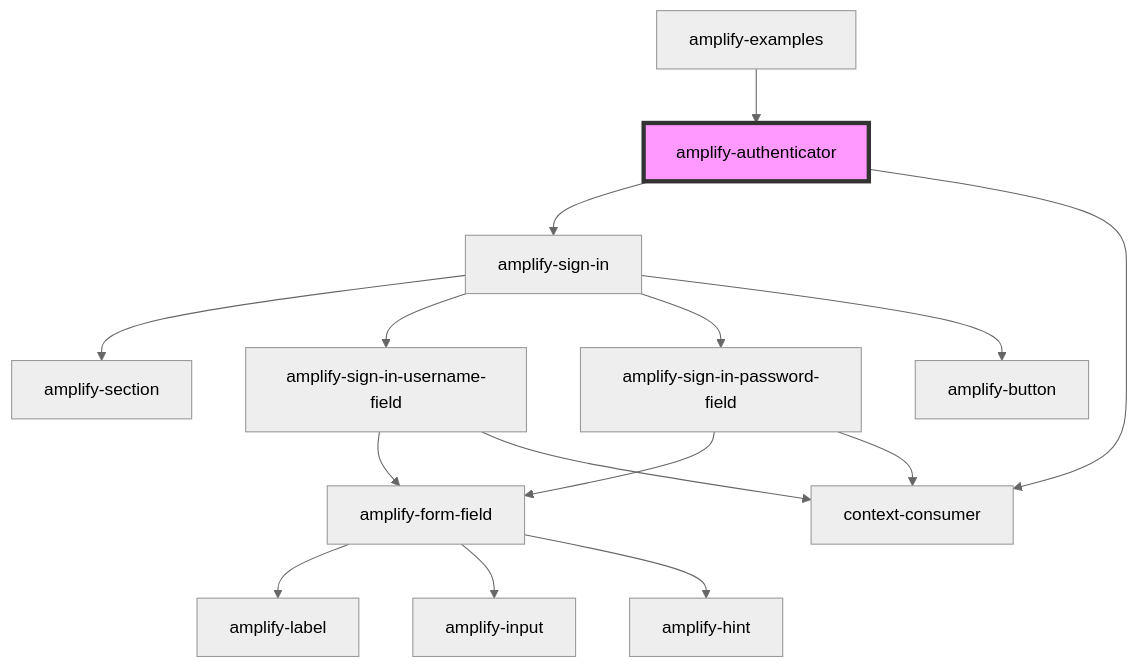
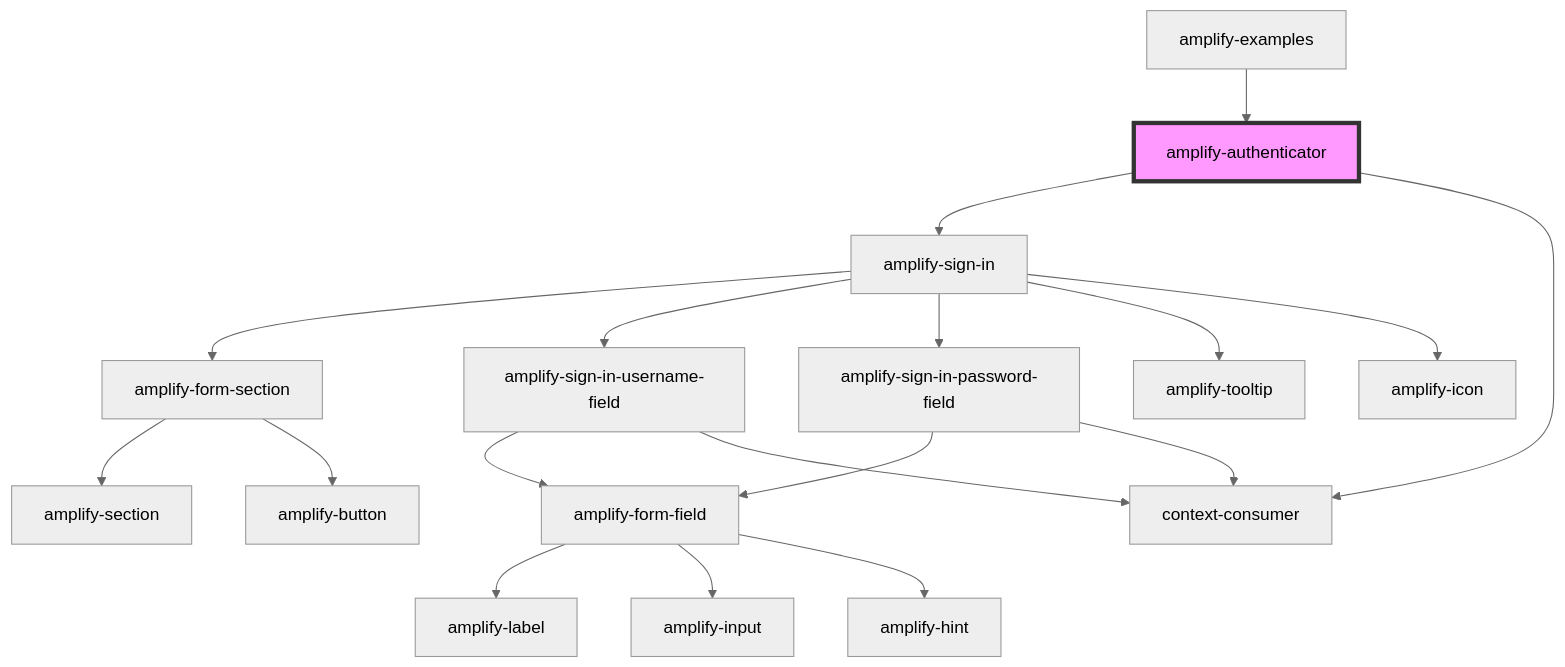
Before and after one commit to aws-amplify/amplify-js: the diagram in packages/amplify-ui-components/src/components/amplify-authenticator/readme.md, drawn with Mermaid (neutral theme). The commit also changed 9 other files, not shown here.

````diff
--- a/packages/amplify-ui-components/src/components/amplify-authenticator/readme.md
+++ b/packages/amplify-ui-components/src/components/amplify-authenticator/readme.md
@@ -36,18 +36,21 @@
 ```mermaid
 graph TD;
   amplify-authenticator --> amplify-sign-in
   amplify-authenticator --> context-consumer
-  amplify-sign-in --> amplify-section
+  amplify-sign-in --> amplify-form-section
   amplify-sign-in --> amplify-sign-in-username-field
   amplify-sign-in --> amplify-sign-in-password-field
-  amplify-sign-in --> amplify-button
+  amplify-sign-in --> amplify-tooltip
+  amplify-sign-in --> amplify-icon
+  amplify-form-section --> amplify-section
+  amplify-form-section --> amplify-button
   amplify-sign-in-username-field --> amplify-form-field
   amplify-sign-in-username-field --> context-consumer
   amplify-form-field --> amplify-label
   amplify-form-field --> amplify-input
   amplify-form-field --> amplify-hint
   amplify-sign-in-password-field --> amplify-form-field
   amplify-sign-in-password-field --> context-consumer
   amplify-examples --> amplify-authenticator
   style amplify-authenticator fill:#f9f,stroke:#333,stroke-width:4px
 ```
````
